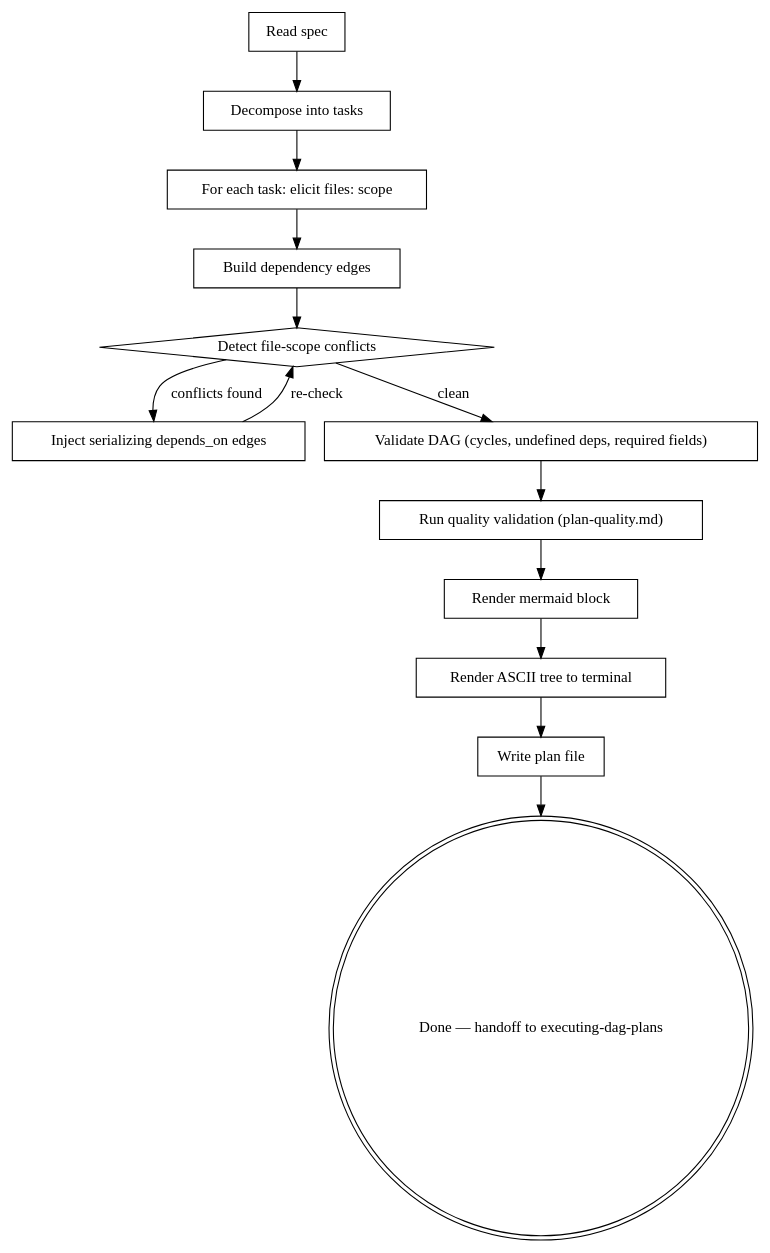
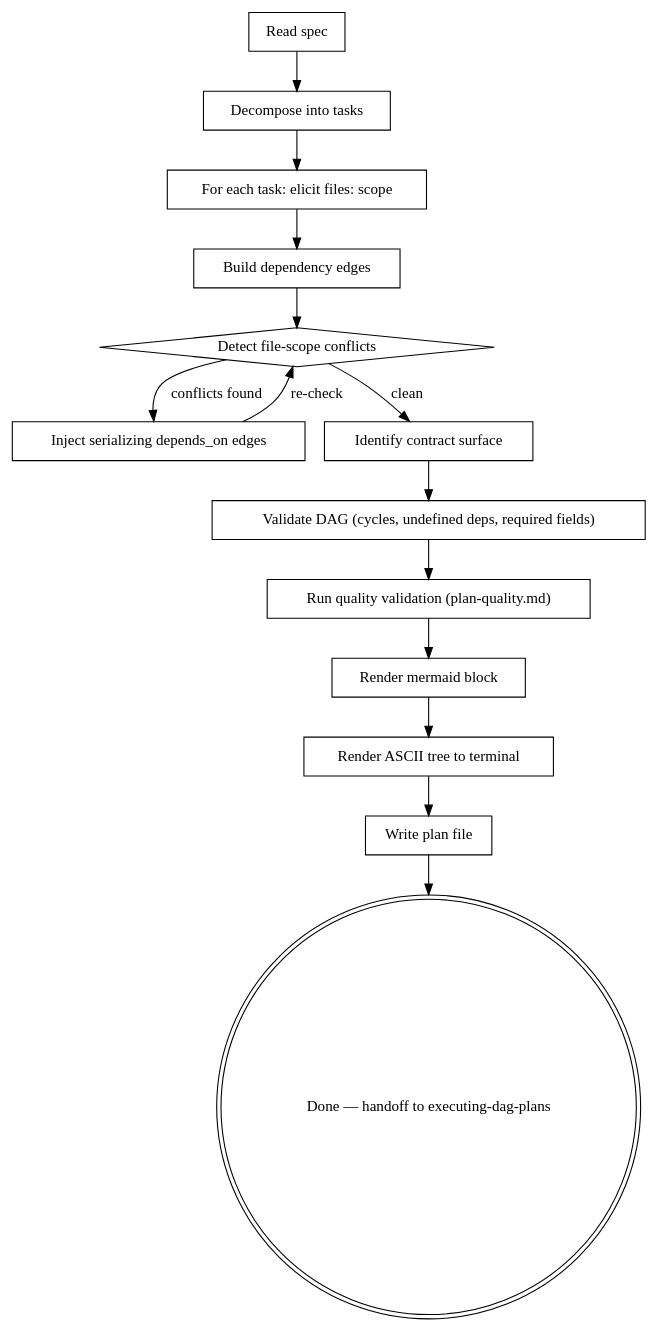
Before and after one commit to BrettNye/parallel-dag-execution: the diagram in skills/writing-dag-plans/SKILL.md, drawn with Graphviz. The commit also changed other lines of this file, not shown here.

First line of the commit message:
Wire H9 and S8 into writing-dag-plans SKILL flow

````diff
--- a/skills/writing-dag-plans/SKILL.md
+++ b/skills/writing-dag-plans/SKILL.md
@@ -31,29 +31,31 @@
 ```dot
 digraph writing_dag_plans {
     "Read spec" [shape=box];
     "Decompose into tasks" [shape=box];
     "For each task: elicit files: scope" [shape=box];
     "Build dependency edges" [shape=box];
     "Detect file-scope conflicts" [shape=diamond];
     "Inject serializing depends_on edges" [shape=box];
     "Validate DAG (cycles, undefined deps, required fields)" [shape=box];
     "Render mermaid block" [shape=box];
     "Render ASCII tree to terminal" [shape=box];
     "Write plan file" [shape=box];
     "Done — handoff to executing-dag-plans" [shape=doublecircle];
 
     "Read spec" -> "Decompose into tasks";
     "Decompose into tasks" -> "For each task: elicit files: scope";
     "For each task: elicit files: scope" -> "Build dependency edges";
     "Build dependency edges" -> "Detect file-scope conflicts";
+    "Identify contract surface" [shape=box];
     "Detect file-scope conflicts" -> "Inject serializing depends_on edges" [label="conflicts found"];
-    "Detect file-scope conflicts" -> "Validate DAG (cycles, undefined deps, required fields)" [label="clean"];
+    "Detect file-scope conflicts" -> "Identify contract surface" [label="clean"];
     "Inject serializing depends_on edges" -> "Detect file-scope conflicts" [label="re-check"];
+    "Identify contract surface" -> "Validate DAG (cycles, undefined deps, required fields)";
     "Validate DAG (cycles, undefined deps, required fields)" -> "Run quality validation (plan-quality.md)";
     "Run quality validation (plan-quality.md)" [shape=box];
     "Run quality validation (plan-quality.md)" -> "Render mermaid block";
     "Render mermaid block" -> "Render ASCII tree to terminal";
     "Render ASCII tree to terminal" -> "Write plan file";
     "Write plan file" -> "Done — handoff to executing-dag-plans";
 }
 ```
````
